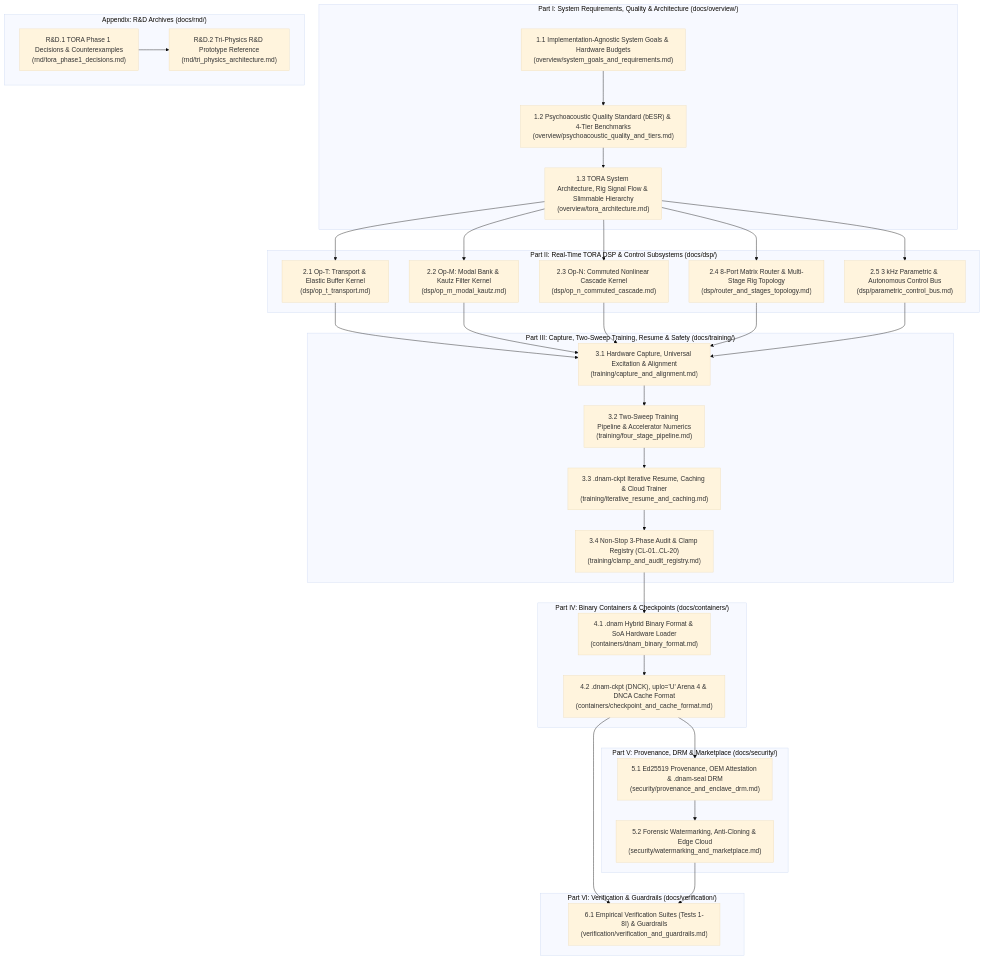
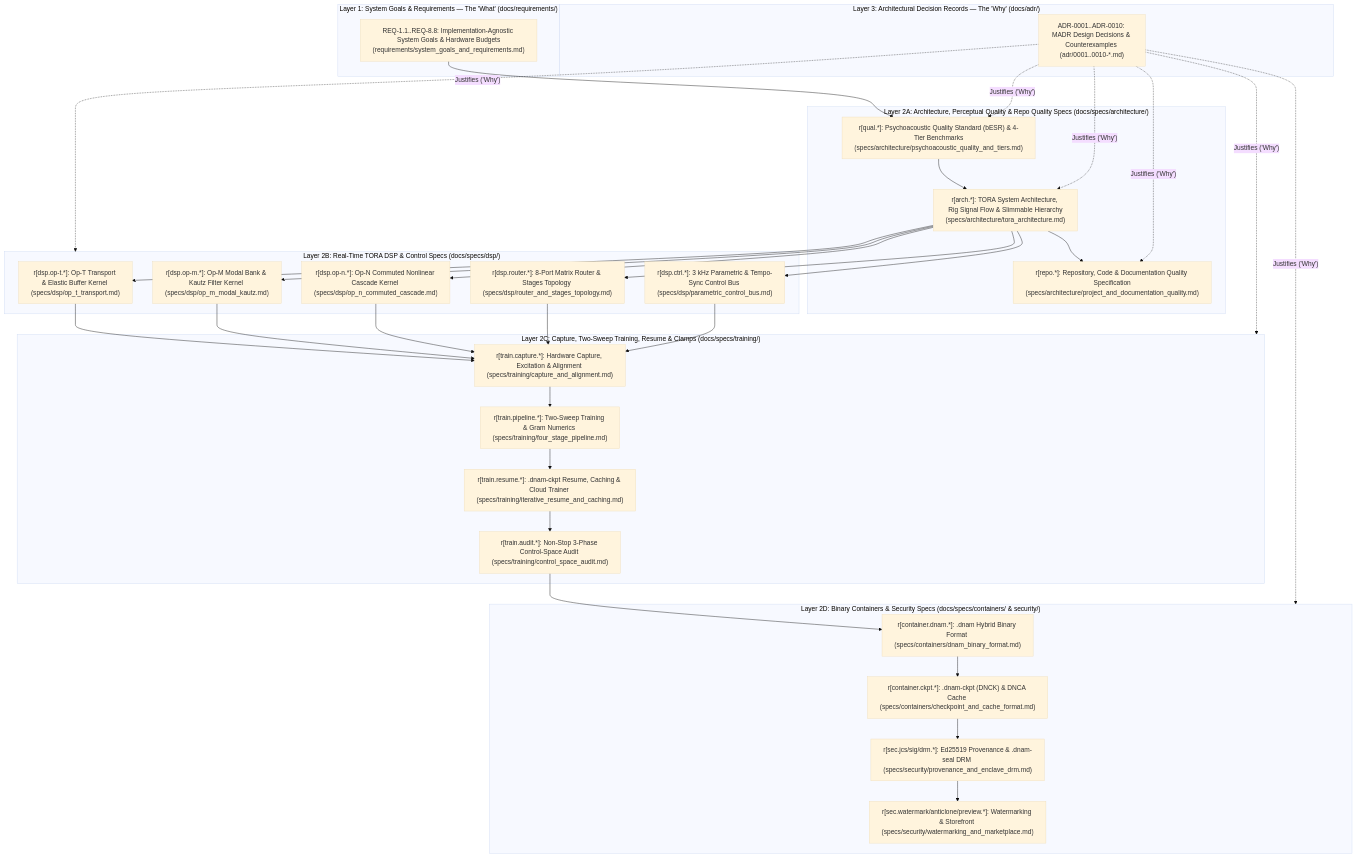
One commit to dnam-project/dnam changed the diagram in docs/index.md. Above: the diagram before and after it, drawn with Mermaid (base theme). The commit also changed other lines of this file and 84 other files, not shown here.

Commit message:
docs(specs): restructure docs into requirements/specs/adr with r/ref/verify rules

````diff
--- a/docs/index.md
+++ b/docs/index.md
@@ -11,53 +16,47 @@
 ```mermaid
 flowchart TD
-    subgraph Part1 ["Part I: System Requirements, Quality & Architecture (docs/overview/)"]
-        G1["1.1 Implementation-Agnostic System Goals & Hardware Budgets<br/>(overview/system_goals_and_requirements.md)"]
-        G2["1.2 Psychoacoustic Quality Standard (bESR) & 4-Tier Benchmarks<br/>(overview/psychoacoustic_quality_and_tiers.md)"]
-        G3["1.3 TORA System Architecture, Rig Signal Flow & Slimmable Hierarchy<br/>(overview/tora_architecture.md)"]
-        G1 --> G2 --> G3
+    subgraph Req ["Layer 1: System Goals & Requirements — The 'What' (docs/requirements/)"]
+        G1["REQ-1.1..REQ-8.8: Implementation-Agnostic System Goals & Hardware Budgets<br/>(requirements/system_goals_and_requirements.md)"]
     end
 
-    subgraph Part7 ["Appendix: R&D Archives (docs/rnd/)"]
-        R1["R&D.1 TORA Phase 1 Decisions & Counterexamples<br/>(rnd/tora_phase1_decisions.md)"]
-        R2["R&D.2 Tri-Physics R&D Prototype Reference<br/>(rnd/tri_physics_architecture.md)"]
-        R1 --> R2
+    subgraph SpecsArch ["Layer 2A: Architecture, Perceptual Quality & Repo Quality Specs (docs/specs/architecture/)"]
+        G2["r[qual.*]: Psychoacoustic Quality Standard (bESR) & 4-Tier Benchmarks<br/>(specs/architecture/psychoacoustic_quality_and_tiers.md)"]
+        G3["r[arch.*]: TORA System Architecture, Rig Signal Flow & Slimmable Hierarchy<br/>(specs/architecture/tora_architecture.md)"]
+        G4["r[repo.*]: Repository, Code & Documentation Quality Specification<br/>(specs/architecture/project_and_documentation_quality.md)"]
+        G2 --> G3 --> G4
     end
 
-    subgraph Part2 ["Part II: Real-Time TORA DSP & Control Subsystems (docs/dsp/)"]
-        D1["2.1 Op-T: Transport & Elastic Buffer Kernel<br/>(dsp/op_t_transport.md)"]
-        D2["2.2 Op-M: Modal Bank & Kautz Filter Kernel<br/>(dsp/op_m_modal_kautz.md)"]
-        D3["2.3 Op-N: Commuted Nonlinear Cascade Kernel<br/>(dsp/op_n_commuted_cascade.md)"]
-        D4["2.4 8-Port Matrix Router & Multi-Stage Rig Topology<br/>(dsp/router_and_stages_topology.md)"]
-        D5["2.5 3 kHz Parametric & Autonomous Control Bus<br/>(dsp/parametric_control_bus.md)"]
+    subgraph SpecsDSP ["Layer 2B: Real-Time TORA DSP & Control Specs (docs/specs/dsp/)"]
+        D1["r[dsp.op-t.*]: Op-T Transport & Elastic Buffer Kernel (specs/dsp/op_t_transport.md)"]
+        D2["r[dsp.op-m.*]: Op-M Modal Bank & Kautz Filter Kernel (specs/dsp/op_m_modal_kautz.md)"]
+        D3["r[dsp.op-n.*]: Op-N Commuted Nonlinear Cascade Kernel (specs/dsp/op_n_commuted_cascade.md)"]
+        D4["r[dsp.router.*]: 8-Port Matrix Router & Stages Topology (specs/dsp/router_and_stages_topology.md)"]
+        D5["r[dsp.ctrl.*]: 3 kHz Parametric & Tempo-Sync Control Bus (specs/dsp/parametric_control_bus.md)"]
     end
 
-    subgraph Part3 ["Part III: Capture, Two-Sweep Training, Resume & Safety (docs/training/)"]
-        T1["3.1 Hardware Capture, Universal Excitation & Alignment<br/>(training/capture_and_alignment.md)"]
-        T2["3.2 Two-Sweep Training Pipeline & Accelerator Numerics<br/>(training/four_stage_pipeline.md)"]
-        T3["3.3 .dnam-ckpt Iterative Resume, Caching & Cloud Trainer<br/>(training/iterative_resume_and_caching.md)"]
-        T4["3.4 Non-Stop 3-Phase Audit & Clamp Registry (CL-01..CL-20)<br/>(training/clamp_and_audit_registry.md)"]
+    subgraph SpecsTrain ["Layer 2C: Capture, Two-Sweep Training, Resume & Clamps (docs/specs/training/)"]
+        T1["r[train.capture.*]: Hardware Capture, Excitation & Alignment (specs/training/capture_and_alignment.md)"]
+        T2["r[train.pipeline.*]: Two-Sweep Training & Gram Numerics (specs/training/four_stage_pipeline.md)"]
+        T3["r[train.resume.*]: .dnam-ckpt Resume, Caching & Cloud Trainer (specs/training/iterative_resume_and_caching.md)"]
+        T4["r[train.audit.*]: Non-Stop 3-Phase Control-Space Audit (specs/training/control_space_audit.md)"]
         T1 --> T2 --> T3 --> T4
     end
 
-    subgraph Part4 ["Part IV: Binary Containers & Checkpoints (docs/containers/)"]
-        C1["4.1 .dnam Hybrid Binary Format & SoA Hardware Loader<br/>(containers/dnam_binary_format.md)"]
-        C2["4.2 .dnam-ckpt (DNCK), uplo='U' Arena 4 & DNCA Cache Format<br/>(containers/checkpoint_and_cache_format.md)"]
-        C1 --> C2
+    subgraph SpecsCont ["Layer 2D: Binary Containers & Security Specs (docs/specs/containers/ & security/)"]
+        C1["r[container.dnam.*]: .dnam Hybrid Binary Format (specs/containers/dnam_binary_format.md)"]
+        C2["r[container.ckpt.*]: .dnam-ckpt (DNCK) & DNCA Cache (specs/containers/checkpoint_and_cache_format.md)"]
+        S1["r[sec.jcs/sig/drm.*]: Ed25519 Provenance & .dnam-seal DRM (specs/security/provenance_and_enclave_drm.md)"]
+        S2["r[sec.watermark/anticlone/preview.*]: Watermarking & Storefront (specs/security/watermarking_and_marketplace.md)"]
+        C1 --> C2 --> S1 --> S2
     end
 
-    subgraph Part5 ["Part V: Provenance, DRM & Marketplace (docs/security/)"]
-        S1["5.1 Ed25519 Provenance, OEM Attestation & .dnam-seal DRM<br/>(security/provenance_and_enclave_drm.md)"]
-        S2["5.2 Forensic Watermarking, Anti-Cloning & Edge Cloud<br/>(security/watermarking_and_marketplace.md)"]
-        S1 --> S2
+    subgraph ADRs ["Layer 3: Architectural Decision Records — The 'Why' (docs/adr/)"]
+        A1["ADR-0001..ADR-0010: MADR Design Decisions & Counterexamples (adr/0001..0010-*.md)"]
     end
 
-    subgraph Part6 ["Part VI: Verification & Guardrails (docs/verification/)"]
-        V1["6.1 Empirical Verification Suites (Tests 1-8I) & Guardrails<br/>(verification/verification_and_guardrails.md)"]
-    end
-
+    G1 --> G2
     G3 --> D1 & D2 & D3 & D4 & D5
     D1 & D2 & D3 & D4 & D5 --> T1
     T4 --> C1
-    C2 --> S1 & V1
-    S2 --> V1
+    A1 -.->|"Justifies ('Why')"| G2 & G3 & G4 & SpecsDSP & SpecsTrain & SpecsCont
 ```
````
